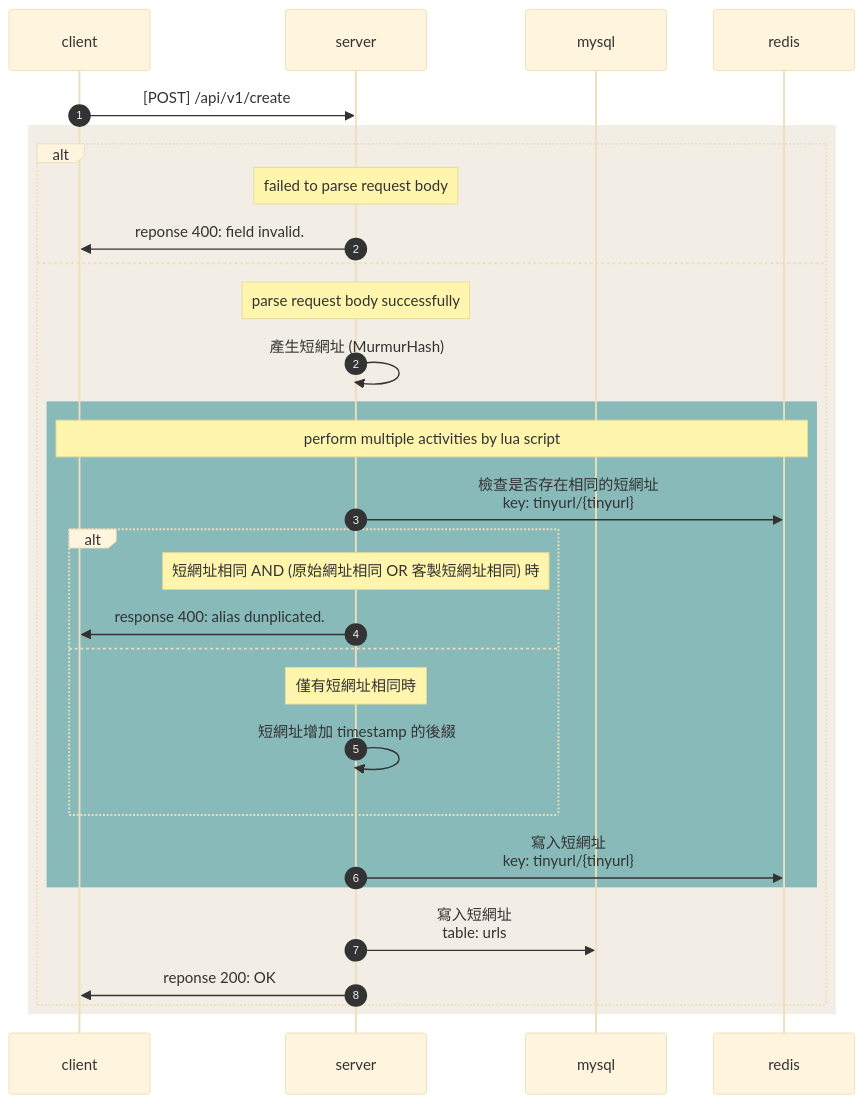
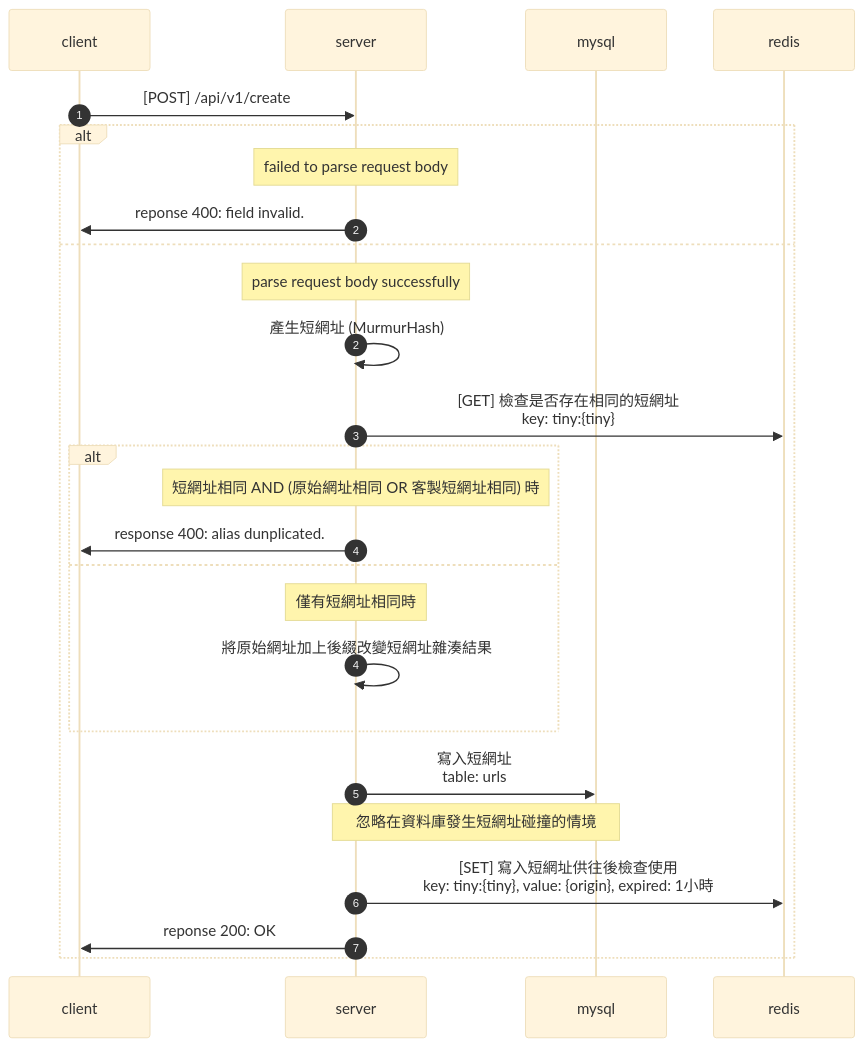
Before and after one commit to JianLiu666/TinyURL: the diagram in doc/api/v1/create.md, drawn with Mermaid (base theme).

````diff
--- a/doc/api/v1/create.md
+++ b/doc/api/v1/create.md
@@ -31,37 +31,37 @@
 ```mermaid
 sequenceDiagram
     participant client
     participant server
     participant mysql
     participant redis
     
     autonumber 1
     client ->> server: [POST] /api/v1/create
     
-    rect rgb(242, 238, 229)
+    alt
+        Note over server: failed to parse request body
+        server ->> client: reponse 400: field invalid.
+    else
+        autonumber 2
+        Note over server: parse request body successfully
+        server ->> server: 產生短網址 (MurmurHash)
+
+        server ->> redis: [GET] 檢查是否存在相同的短網址<br>key: tiny:{tiny}
+        
         alt
-            Note over server: failed to parse request body
-            server ->> client: reponse 400: field invalid.
+            Note over server: 短網址相同 AND (原始網址相同 OR 客製短網址相同) 時
+            server ->> client: response 400: alias dunplicated.
         else
-            autonumber 2
-            Note over server: parse request body successfully
-            server ->> server: 產生短網址 (MurmurHash)
-            
-            rect rgb(136,186,186)
-                Note over client, redis: perform multiple activities by lua script
-                server ->> redis: 檢查是否存在相同的短網址<br>key: tinyurl/{tinyurl}
-                alt
-                    Note over server: 短網址相同 AND (原始網址相同 OR 客製短網址相同) 時
-                    server ->> client: response 400: alias dunplicated.
-                else
-                    Note over server: 僅有短網址相同時
-                    server ->> server: 短網址增加 timestamp 的後綴
-                end
-                server ->> redis: 寫入短網址<br>key: tinyurl/{tinyurl}
-            end
-            
-            server ->> mysql: 寫入短網址<br>table: urls
-            server ->> client: reponse 200: OK
+            autonumber 4
+            Note over server: 僅有短網址相同時
+            server ->> server: 將原始網址加上後綴改變短網址雜湊結果
         end
+        
+        server ->> mysql: 寫入短網址<br>table: urls
+        Note over server, mysql: 忽略在資料庫發生短網址碰撞的情境
+
+        server ->> redis: [SET] 寫入短網址供往後檢查使用<br>key: tiny:{tiny}, value: {origin}, expired: 1小時
+
+        server ->> client: reponse 200: OK
     end
 ```
````
